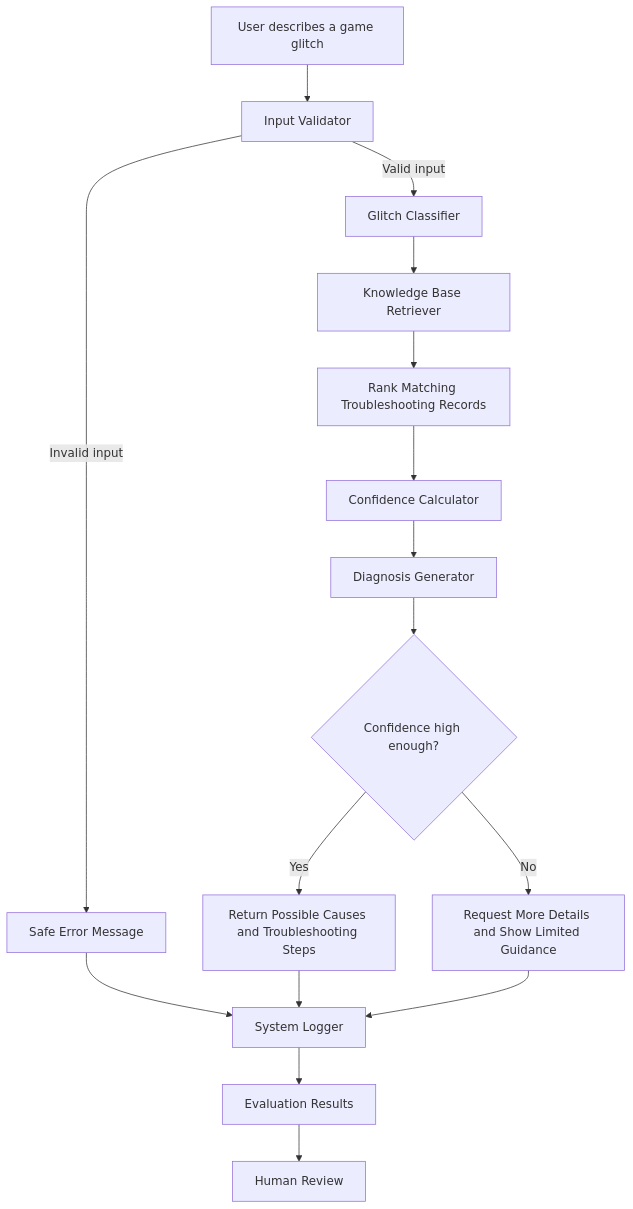
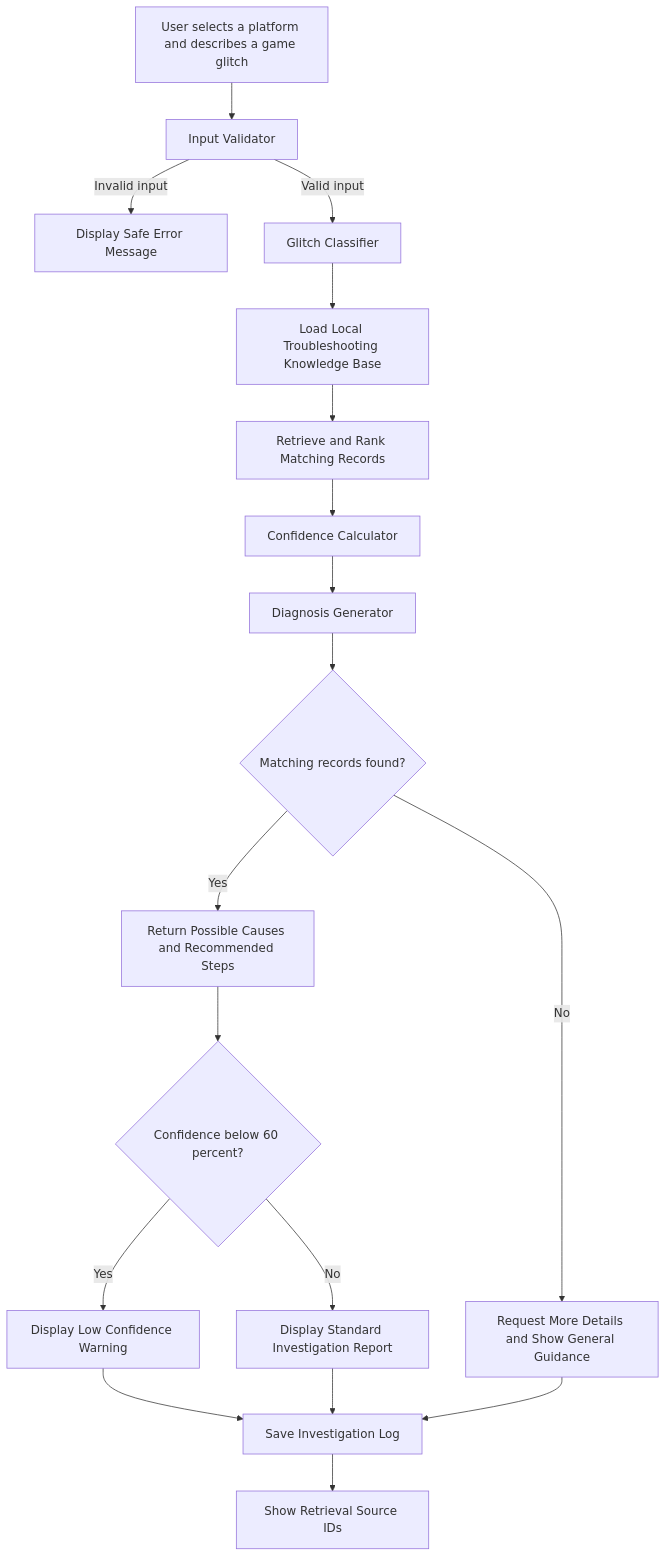
One commit to wafa-mz/applied-ai-system-final changed the diagram in diagrams/architecture.mmd. Above: the diagram before and after it, drawn with Mermaid.

Commit message:
Update architecture diagram to match application

```diff
--- a/diagrams/architecture.mmd
+++ b/diagrams/architecture.mmd
@@ -1,23 +1,26 @@
 flowchart TD
-    A[User describes a game glitch] --> B[Input Validator]
+    A[User selects a platform and describes a game glitch] --> B[Input Validator]
 
-    B -->|Invalid input| C[Safe Error Message]
+    B -->|Invalid input| C[Display Safe Error Message]
     B -->|Valid input| D[Glitch Classifier]
 
-    D --> E[Knowledge Base Retriever]
-    E --> F[Rank Matching Troubleshooting Records]
+    D --> E[Load Local Troubleshooting Knowledge Base]
+    E --> F[Retrieve and Rank Matching Records]
 
     F --> G[Confidence Calculator]
     G --> H[Diagnosis Generator]
 
-    H --> I{Confidence high enough?}
+    H --> I{Matching records found?}
 
-    I -->|Yes| J[Return Possible Causes and Troubleshooting Steps]
-    I -->|No| K[Request More Details and Show Limited Guidance]
+    I -->|Yes| J[Return Possible Causes and Recommended Steps]
+    I -->|No| K[Request More Details and Show General Guidance]
 
-    C --> L[System Logger]
-    J --> L
-    K --> L
+    J --> L{Confidence below 60 percent?}
+    L -->|Yes| M[Display Low Confidence Warning]
+    L -->|No| N[Display Standard Investigation Report]
 
-    L --> M[Evaluation Results]
-    M --> N[Human Review]
+    M --> O[Save Investigation Log]
+    N --> O
+    K --> O
+
+    O --> P[Show Retrieval Source IDs]
```
